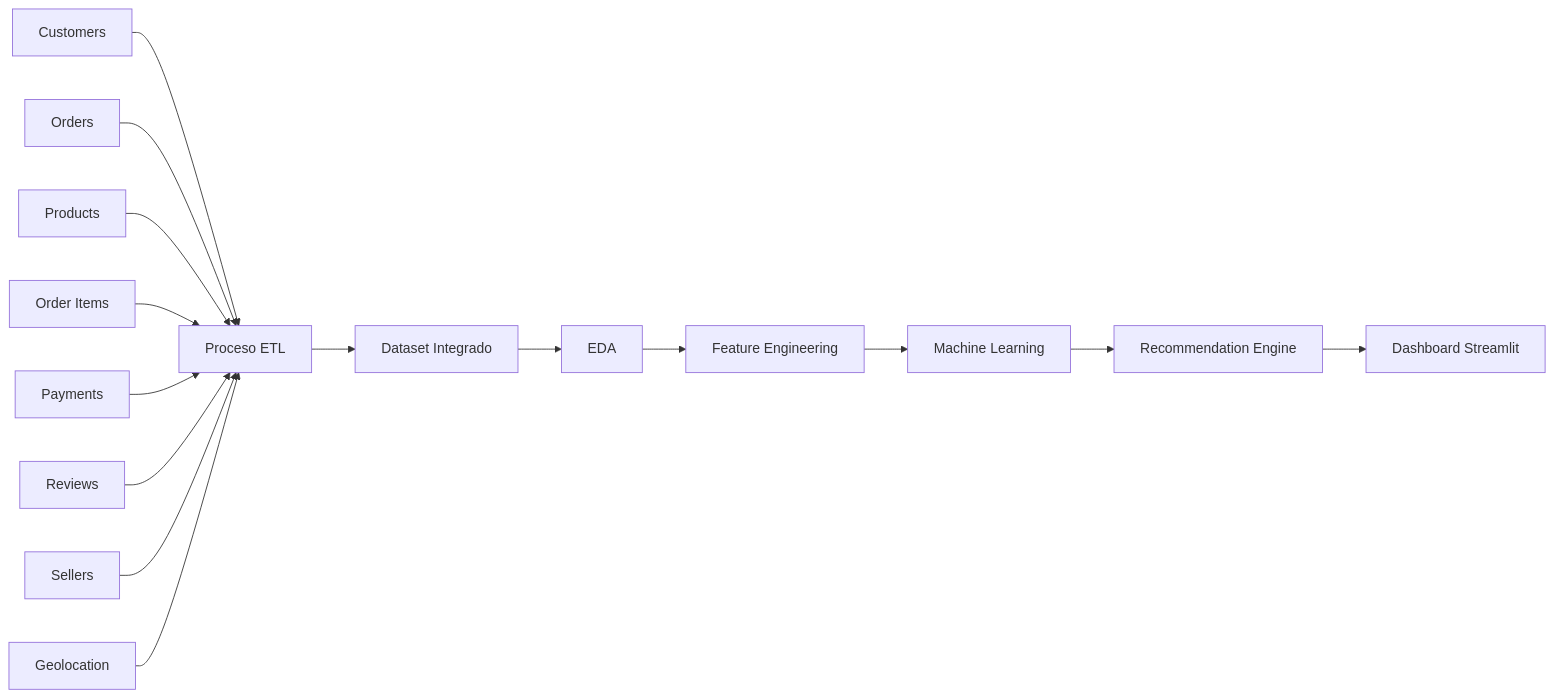
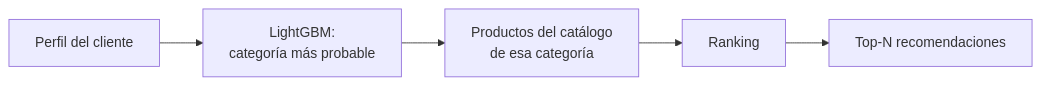
One commit to VaninaCavallin/Fincommerce-recommendation-system changed the second of 2 diagrams in README.md. Above: the diagram before and after it, drawn with Mermaid. The commit also changed other lines of this file and 3 other files, not shown here.

````diff
--- a/README.md
+++ b/README.md
@@ -440,47 +179,7 @@
 ```mermaid
 flowchart LR
-
-A[Customers]
-
-B[Orders]
-
-C[Products]
-
-D[Order Items]
-
-E[Payments]
-
-F[Reviews]
-
-G[Sellers]
-
-H[Geolocation]
-
-A --> I[Proceso ETL]
-
-B --> I
-
-C --> I
-
-D --> I
-
-E --> I
-
-F --> I
-
-G --> I
-
-H --> I
-
-I --> J[Dataset Integrado]
-
-J --> K[EDA]
-
-K --> L[Feature Engineering]
-
-L --> M[Machine Learning]
-
-M --> N[Recommendation Engine]
-
-N --> O[Dashboard Streamlit]
+A[Perfil del cliente] --> B[LightGBM:<br>categoría más probable]
+B --> C[Productos del catálogo<br>de esa categoría]
+C --> D[Ranking]
+D --> E[Top-N recomendaciones]
 ```
````
